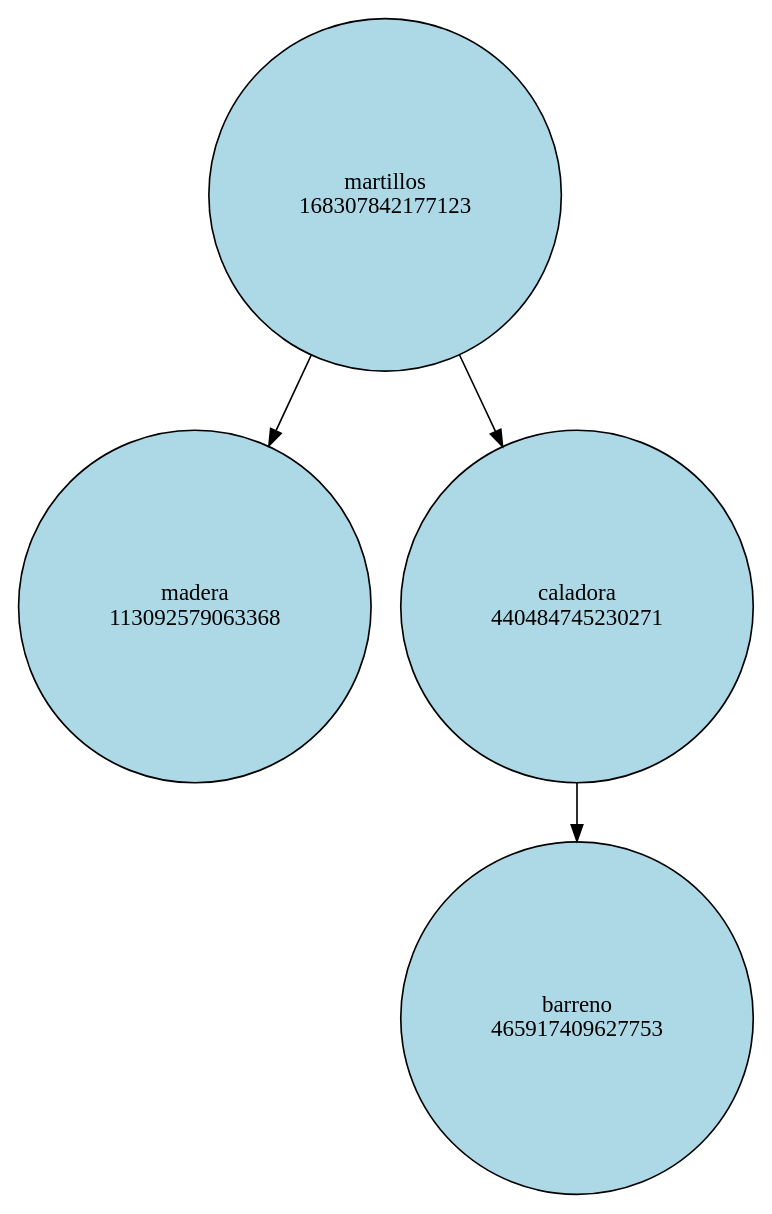
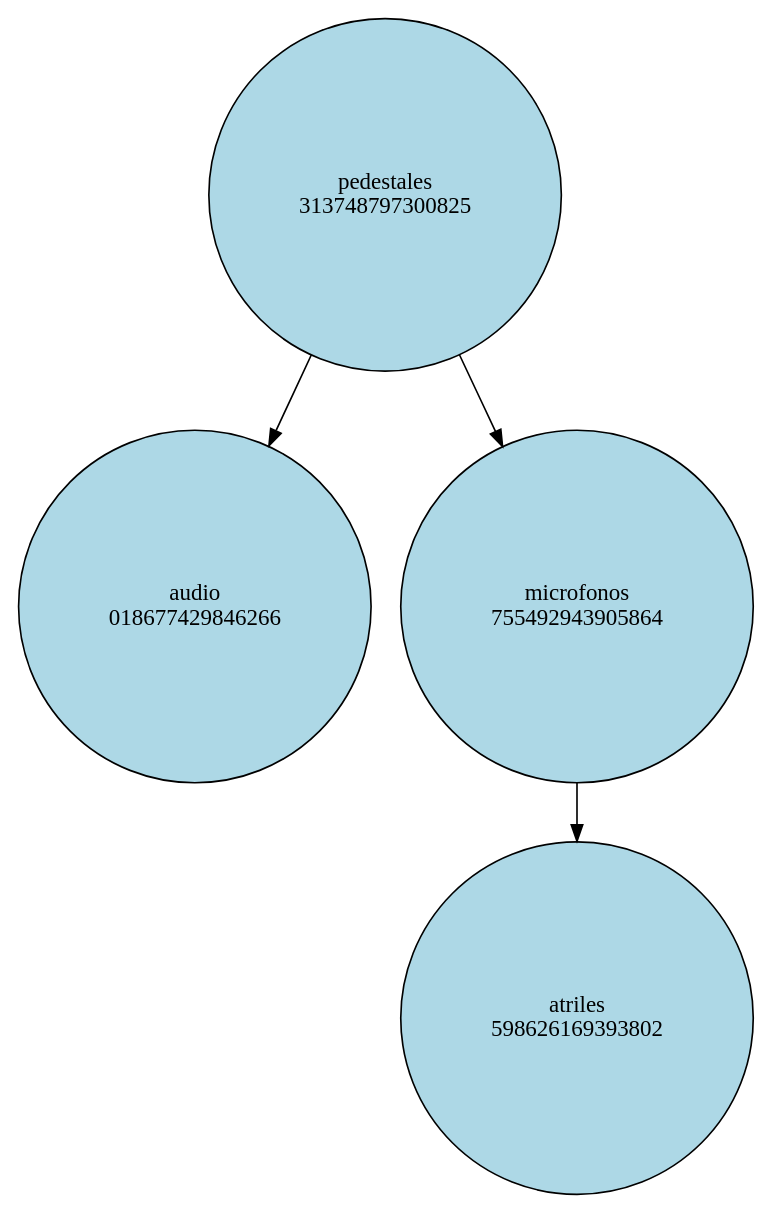
Before and after one commit to Mlvin40/RentaDeActivos: the diagram in cmake-build-debug/arbol.dot, drawn with Graphviz. The commit also changed 15 other files, not shown here.

```diff
--- a/cmake-build-debug/arbol.dot
+++ b/cmake-build-debug/arbol.dot
@@ -1,10 +1,10 @@
 digraph AVL {
     node [shape=circle, style=filled];
-    "168307842177123" [label="martillos\n168307842177123", fillcolor=lightblue];
-    "168307842177123" -> "113092579063368";
-    "113092579063368" [label="madera\n113092579063368", fillcolor=lightblue];
-    "168307842177123" -> "440484745230271";
-    "440484745230271" [label="caladora\n440484745230271", fillcolor=lightblue];
-    "440484745230271" -> "465917409627753";
-    "465917409627753" [label="barreno\n465917409627753", fillcolor=lightblue];
+    "313748797300825" [label="pedestales\n313748797300825", fillcolor=lightblue];
+    "313748797300825" -> "018677429846266";
+    "018677429846266" [label="audio\n018677429846266", fillcolor=lightblue];
+    "313748797300825" -> "755492943905864";
+    "755492943905864" [label="microfonos\n755492943905864", fillcolor=lightblue];
+    "755492943905864" -> "598626169393802";
+    "598626169393802" [label="atriles\n598626169393802", fillcolor=lightblue];
 }
```
